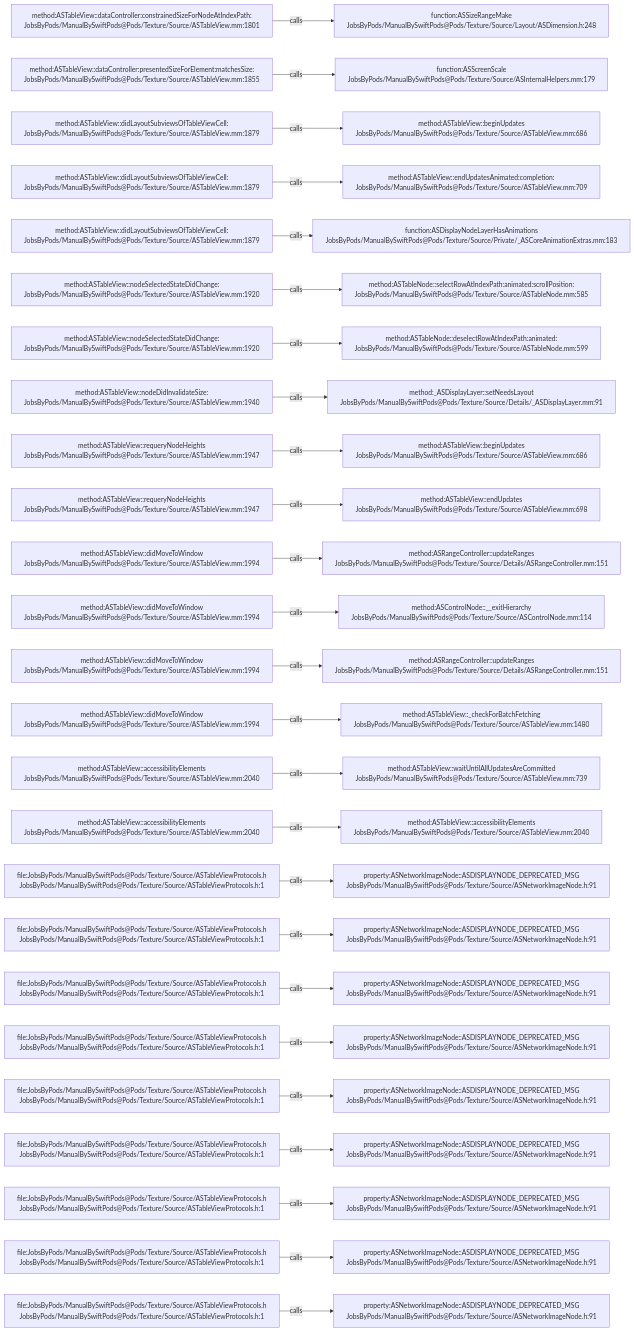
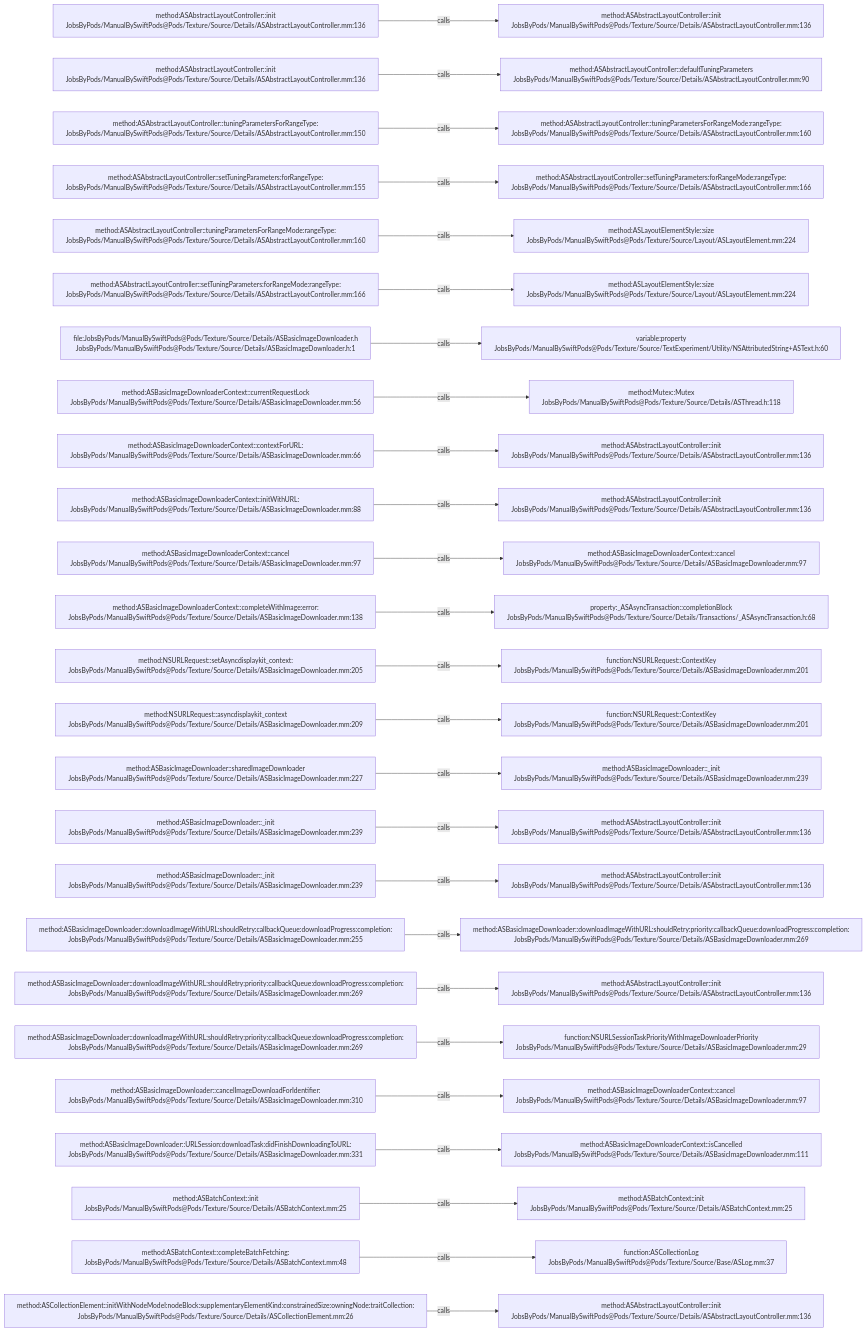
One commit to JobsKits/JobsSwiftBaseConfigDemo changed the diagram in .codegraph/codegraph.md/graphs/calls-082.md. Above: the diagram before and after it, drawn with Mermaid. The commit also changed 832 other files, not shown here.

````diff
--- a/.codegraph/codegraph.md/graphs/calls-082.md
+++ b/.codegraph/codegraph.md/graphs/calls-082.md
@@ -13,78 +13,78 @@
 ```mermaid
 flowchart LR
-  S1["method:ASTableView::dataController:constrainedSizeForNodeAtIndexPath:<br/>JobsByPods/ManualBySwiftPods@Pods/Texture/Source/ASTableView.mm:1801"]
-  T1["function:ASSizeRangeMake<br/>JobsByPods/ManualBySwiftPods@Pods/Texture/Source/Layout/ASDimension.h:248"]
+  S1["method:ASAbstractLayoutController::init<br/>JobsByPods/ManualBySwiftPods@Pods/Texture/Source/Details/ASAbstractLayoutController.mm:136"]
+  T1["method:ASAbstractLayoutController::init<br/>JobsByPods/ManualBySwiftPods@Pods/Texture/Source/Details/ASAbstractLayoutController.mm:136"]
   S1 -->|calls| T1
-  S2["method:ASTableView::dataController:presentedSizeForElement:matchesSize:<br/>JobsByPods/ManualBySwiftPods@Pods/Texture/Source/ASTableView.mm:1855"]
-  T2["function:ASScreenScale<br/>JobsByPods/ManualBySwiftPods@Pods/Texture/Source/ASInternalHelpers.mm:179"]
+  S2["method:ASAbstractLayoutController::init<br/>JobsByPods/ManualBySwiftPods@Pods/Texture/Source/Details/ASAbstractLayoutController.mm:136"]
+  T2["method:ASAbstractLayoutController::defaultTuningParameters<br/>JobsByPods/ManualBySwiftPods@Pods/Texture/Source/Details/ASAbstractLayoutController.mm:90"]
   S2 -->|calls| T2
-  S3["method:ASTableView::didLayoutSubviewsOfTableViewCell:<br/>JobsByPods/ManualBySwiftPods@Pods/Texture/Source/ASTableView.mm:1879"]
-  T3["method:ASTableView::beginUpdates<br/>JobsByPods/ManualBySwiftPods@Pods/Texture/Source/ASTableView.mm:686"]
+  S3["method:ASAbstractLayoutController::tuningParametersForRangeType:<br/>JobsByPods/ManualBySwiftPods@Pods/Texture/Source/Details/ASAbstractLayoutController.mm:150"]
+  T3["method:ASAbstractLayoutController::tuningParametersForRangeMode:rangeType:<br/>JobsByPods/ManualBySwiftPods@Pods/Texture/Source/Details/ASAbstractLayoutController.mm:160"]
   S3 -->|calls| T3
-  S4["method:ASTableView::didLayoutSubviewsOfTableViewCell:<br/>JobsByPods/ManualBySwiftPods@Pods/Texture/Source/ASTableView.mm:1879"]
-  T4["method:ASTableView::endUpdatesAnimated:completion:<br/>JobsByPods/ManualBySwiftPods@Pods/Texture/Source/ASTableView.mm:709"]
+  S4["method:ASAbstractLayoutController::setTuningParameters:forRangeType:<br/>JobsByPods/ManualBySwiftPods@Pods/Texture/Source/Details/ASAbstractLayoutController.mm:155"]
+  T4["method:ASAbstractLayoutController::setTuningParameters:forRangeMode:rangeType:<br/>JobsByPods/ManualBySwiftPods@Pods/Texture/Source/Details/ASAbstractLayoutController.mm:166"]
   S4 -->|calls| T4
-  S5["method:ASTableView::didLayoutSubviewsOfTableViewCell:<br/>JobsByPods/ManualBySwiftPods@Pods/Texture/Source/ASTableView.mm:1879"]
-  T5["function:ASDisplayNodeLayerHasAnimations<br/>JobsByPods/ManualBySwiftPods@Pods/Texture/Source/Private/_ASCoreAnimationExtras.mm:183"]
+  S5["method:ASAbstractLayoutController::tuningParametersForRangeMode:rangeType:<br/>JobsByPods/ManualBySwiftPods@Pods/Texture/Source/Details/ASAbstractLayoutController.mm:160"]
+  T5["method:ASLayoutElementStyle::size<br/>JobsByPods/ManualBySwiftPods@Pods/Texture/Source/Layout/ASLayoutElement.mm:224"]
   S5 -->|calls| T5
-  S6["method:ASTableView::nodeSelectedStateDidChange:<br/>JobsByPods/ManualBySwiftPods@Pods/Texture/Source/ASTableView.mm:1920"]
-  T6["method:ASTableNode::selectRowAtIndexPath:animated:scrollPosition:<br/>JobsByPods/ManualBySwiftPods@Pods/Texture/Source/ASTableNode.mm:585"]
+  S6["method:ASAbstractLayoutController::setTuningParameters:forRangeMode:rangeType:<br/>JobsByPods/ManualBySwiftPods@Pods/Texture/Source/Details/ASAbstractLayoutController.mm:166"]
+  T6["method:ASLayoutElementStyle::size<br/>JobsByPods/ManualBySwiftPods@Pods/Texture/Source/Layout/ASLayoutElement.mm:224"]
   S6 -->|calls| T6
-  S7["method:ASTableView::nodeSelectedStateDidChange:<br/>JobsByPods/ManualBySwiftPods@Pods/Texture/Source/ASTableView.mm:1920"]
-  T7["method:ASTableNode::deselectRowAtIndexPath:animated:<br/>JobsByPods/ManualBySwiftPods@Pods/Texture/Source/ASTableNode.mm:599"]
+  S7["file:JobsByPods/ManualBySwiftPods@Pods/Texture/Source/Details/ASBasicImageDownloader.h<br/>JobsByPods/ManualBySwiftPods@Pods/Texture/Source/Details/ASBasicImageDownloader.h:1"]
+  T7["variable:property<br/>JobsByPods/ManualBySwiftPods@Pods/Texture/Source/TextExperiment/Utility/NSAttributedString+ASText.h:60"]
   S7 -->|calls| T7
-  S8["method:ASTableView::nodeDidInvalidateSize:<br/>JobsByPods/ManualBySwiftPods@Pods/Texture/Source/ASTableView.mm:1940"]
-  T8["method:_ASDisplayLayer::setNeedsLayout<br/>JobsByPods/ManualBySwiftPods@Pods/Texture/Source/Details/_ASDisplayLayer.mm:91"]
+  S8["method:ASBasicImageDownloaderContext::currentRequestLock<br/>JobsByPods/ManualBySwiftPods@Pods/Texture/Source/Details/ASBasicImageDownloader.mm:56"]
+  T8["method:Mutex::Mutex<br/>JobsByPods/ManualBySwiftPods@Pods/Texture/Source/Details/ASThread.h:118"]
   S8 -->|calls| T8
-  S9["method:ASTableView::requeryNodeHeights<br/>JobsByPods/ManualBySwiftPods@Pods/Texture/Source/ASTableView.mm:1947"]
-  T9["method:ASTableView::beginUpdates<br/>JobsByPods/ManualBySwiftPods@Pods/Texture/Source/ASTableView.mm:686"]
+  S9["method:ASBasicImageDownloaderContext::contextForURL:<br/>JobsByPods/ManualBySwiftPods@Pods/Texture/Source/Details/ASBasicImageDownloader.mm:66"]
+  T9["method:ASAbstractLayoutController::init<br/>JobsByPods/ManualBySwiftPods@Pods/Texture/Source/Details/ASAbstractLayoutController.mm:136"]
   S9 -->|calls| T9
-  S10["method:ASTableView::requeryNodeHeights<br/>JobsByPods/ManualBySwiftPods@Pods/Texture/Source/ASTableView.mm:1947"]
-  T10["method:ASTableView::endUpdates<br/>JobsByPods/ManualBySwiftPods@Pods/Texture/Source/ASTableView.mm:698"]
+  S10["method:ASBasicImageDownloaderContext::initWithURL:<br/>JobsByPods/ManualBySwiftPods@Pods/Texture/Source/Details/ASBasicImageDownloader.mm:88"]
+  T10["method:ASAbstractLayoutController::init<br/>JobsByPods/ManualBySwiftPods@Pods/Texture/Source/Details/ASAbstractLayoutController.mm:136"]
   S10 -->|calls| T10
-  S11["method:ASTableView::didMoveToWindow<br/>JobsByPods/ManualBySwiftPods@Pods/Texture/Source/ASTableView.mm:1994"]
-  T11["method:ASRangeController::updateRanges<br/>JobsByPods/ManualBySwiftPods@Pods/Texture/Source/Details/ASRangeController.mm:151"]
+  S11["method:ASBasicImageDownloaderContext::cancel<br/>JobsByPods/ManualBySwiftPods@Pods/Texture/Source/Details/ASBasicImageDownloader.mm:97"]
+  T11["method:ASBasicImageDownloaderContext::cancel<br/>JobsByPods/ManualBySwiftPods@Pods/Texture/Source/Details/ASBasicImageDownloader.mm:97"]
   S11 -->|calls| T11
-  S12["method:ASTableView::didMoveToWindow<br/>JobsByPods/ManualBySwiftPods@Pods/Texture/Source/ASTableView.mm:1994"]
-  T12["method:ASControlNode::__exitHierarchy<br/>JobsByPods/ManualBySwiftPods@Pods/Texture/Source/ASControlNode.mm:114"]
+  S12["method:ASBasicImageDownloaderContext::completeWithImage:error:<br/>JobsByPods/ManualBySwiftPods@Pods/Texture/Source/Details/ASBasicImageDownloader.mm:138"]
+  T12["property:_ASAsyncTransaction::completionBlock<br/>JobsByPods/ManualBySwiftPods@Pods/Texture/Source/Details/Transactions/_ASAsyncTransaction.h:68"]
   S12 -->|calls| T12
-  S13["method:ASTableView::didMoveToWindow<br/>JobsByPods/ManualBySwiftPods@Pods/Texture/Source/ASTableView.mm:1994"]
-  T13["method:ASRangeController::updateRanges<br/>JobsByPods/ManualBySwiftPods@Pods/Texture/Source/Details/ASRangeController.mm:151"]
+  S13["method:NSURLRequest::setAsyncdisplaykit_context:<br/>JobsByPods/ManualBySwiftPods@Pods/Texture/Source/Details/ASBasicImageDownloader.mm:205"]
+  T13["function:NSURLRequest::ContextKey<br/>JobsByPods/ManualBySwiftPods@Pods/Texture/Source/Details/ASBasicImageDownloader.mm:201"]
   S13 -->|calls| T13
-  S14["method:ASTableView::didMoveToWindow<br/>JobsByPods/ManualBySwiftPods@Pods/Texture/Source/ASTableView.mm:1994"]
-  T14["method:ASTableView::_checkForBatchFetching<br/>JobsByPods/ManualBySwiftPods@Pods/Texture/Source/ASTableView.mm:1480"]
+  S14["method:NSURLRequest::asyncdisplaykit_context<br/>JobsByPods/ManualBySwiftPods@Pods/Texture/Source/Details/ASBasicImageDownloader.mm:209"]
+  T14["function:NSURLRequest::ContextKey<br/>JobsByPods/ManualBySwiftPods@Pods/Texture/Source/Details/ASBasicImageDownloader.mm:201"]
   S14 -->|calls| T14
-  S15["method:ASTableView::accessibilityElements<br/>JobsByPods/ManualBySwiftPods@Pods/Texture/Source/ASTableView.mm:2040"]
-  T15["method:ASTableView::waitUntilAllUpdatesAreCommitted<br/>JobsByPods/ManualBySwiftPods@Pods/Texture/Source/ASTableView.mm:739"]
+  S15["method:ASBasicImageDownloader::sharedImageDownloader<br/>JobsByPods/ManualBySwiftPods@Pods/Texture/Source/Details/ASBasicImageDownloader.mm:227"]
+  T15["method:ASBasicImageDownloader::_init<br/>JobsByPods/ManualBySwiftPods@Pods/Texture/Source/Details/ASBasicImageDownloader.mm:239"]
   S15 -->|calls| T15
-  S16["method:ASTableView::accessibilityElements<br/>JobsByPods/ManualBySwiftPods@Pods/Texture/Source/ASTableView.mm:2040"]
-  T16["method:ASTableView::accessibilityElements<br/>JobsByPods/ManualBySwiftPods@Pods/Texture/Source/ASTableView.mm:2040"]
+  S16["method:ASBasicImageDownloader::_init<br/>JobsByPods/ManualBySwiftPods@Pods/Texture/Source/Details/ASBasicImageDownloader.mm:239"]
+  T16["method:ASAbstractLayoutController::init<br/>JobsByPods/ManualBySwiftPods@Pods/Texture/Source/Details/ASAbstractLayoutController.mm:136"]
   S16 -->|calls| T16
-  S17["file:JobsByPods/ManualBySwiftPods@Pods/Texture/Source/ASTableViewProtocols.h<br/>JobsByPods/ManualBySwiftPods@Pods/Texture/Source/ASTableViewProtocols.h:1"]
-  T17["property:ASNetworkImageNode::ASDISPLAYNODE_DEPRECATED_MSG<br/>JobsByPods/ManualBySwiftPods@Pods/Texture/Source/ASNetworkImageNode.h:91"]
+  S17["method:ASBasicImageDownloader::_init<br/>JobsByPods/ManualBySwiftPods@Pods/Texture/Source/Details/ASBasicImageDownloader.mm:239"]
+  T17["method:ASAbstractLayoutController::init<br/>JobsByPods/ManualBySwiftPods@Pods/Texture/Source/Details/ASAbstractLayoutController.mm:136"]
   S17 -->|calls| T17
-  S18["file:JobsByPods/ManualBySwiftPods@Pods/Texture/Source/ASTableViewProtocols.h<br/>JobsByPods/ManualBySwiftPods@Pods/Texture/Source/ASTableViewProtocols.h:1"]
-  T18["property:ASNetworkImageNode::ASDISPLAYNODE_DEPRECATED_MSG<br/>JobsByPods/ManualBySwiftPods@Pods/Texture/Source/ASNetworkImageNode.h:91"]
+  S18["method:ASBasicImageDownloader::downloadImageWithURL:shouldRetry:callbackQueue:downloadProgress:completion:<br/>JobsByPods/ManualBySwiftPods@Pods/Texture/Source/Details/ASBasicImageDownloader.mm:255"]
+  T18["method:ASBasicImageDownloader::downloadImageWithURL:shouldRetry:priority:callbackQueue:downloadProgress:completion:<br/>JobsByPods/ManualBySwiftPods@Pods/Texture/Source/Details/ASBasicImageDownloader.mm:269"]
   S18 -->|calls| T18
-  S19["file:JobsByPods/ManualBySwiftPods@Pods/Texture/Source/ASTableViewProtocols.h<br/>JobsByPods/ManualBySwiftPods@Pods/Texture/Source/ASTableViewProtocols.h:1"]
-  T19["property:ASNetworkImageNode::ASDISPLAYNODE_DEPRECATED_MSG<br/>JobsByPods/ManualBySwiftPods@Pods/Texture/Source/ASNetworkImageNode.h:91"]
+  S19["method:ASBasicImageDownloader::downloadImageWithURL:shouldRetry:priority:callbackQueue:downloadProgress:completion:<br/>JobsByPods/ManualBySwiftPods@Pods/Texture/Source/Details/ASBasicImageDownloader.mm:269"]
+  T19["method:ASAbstractLayoutController::init<br/>JobsByPods/ManualBySwiftPods@Pods/Texture/Source/Details/ASAbstractLayoutController.mm:136"]
   S19 -->|calls| T19
-  S20["file:JobsByPods/ManualBySwiftPods@Pods/Texture/Source/ASTableViewProtocols.h<br/>JobsByPods/ManualBySwiftPods@Pods/Texture/Source/ASTableViewProtocols.h:1"]
-  T20["property:ASNetworkImageNode::ASDISPLAYNODE_DEPRECATED_MSG<br/>JobsByPods/ManualBySwiftPods@Pods/Texture/Source/ASNetworkImageNode.h:91"]
+  S20["method:ASBasicImageDownloader::downloadImageWithURL:shouldRetry:priority:callbackQueue:downloadProgress:completion:<br/>JobsByPods/ManualBySwiftPods@Pods/Texture/Source/Details/ASBasicImageDownloader.mm:269"]
+  T20["function:NSURLSessionTaskPriorityWithImageDownloaderPriority<br/>JobsByPods/ManualBySwiftPods@Pods/Texture/Source/Details/ASBasicImageDownloader.mm:29"]
   S20 -->|calls| T20
-  S21["file:JobsByPods/ManualBySwiftPods@Pods/Texture/Source/ASTableViewProtocols.h<br/>JobsByPods/ManualBySwiftPods@Pods/Texture/Source/ASTableViewProtocols.h:1"]
-  T21["property:ASNetworkImageNode::ASDISPLAYNODE_DEPRECATED_MSG<br/>JobsByPods/ManualBySwiftPods@Pods/Texture/Source/ASNetworkImageNode.h:91"]
+  S21["method:ASBasicImageDownloader::cancelImageDownloadForIdentifier:<br/>JobsByPods/ManualBySwiftPods@Pods/Texture/Source/Details/ASBasicImageDownloader.mm:310"]
+  T21["method:ASBasicImageDownloaderContext::cancel<br/>JobsByPods/ManualBySwiftPods@Pods/Texture/Source/Details/ASBasicImageDownloader.mm:97"]
   S21 -->|calls| T21
-  S22["file:JobsByPods/ManualBySwiftPods@Pods/Texture/Source/ASTableViewProtocols.h<br/>JobsByPods/ManualBySwiftPods@Pods/Texture/Source/ASTableViewProtocols.h:1"]
-  T22["property:ASNetworkImageNode::ASDISPLAYNODE_DEPRECATED_MSG<br/>JobsByPods/ManualBySwiftPods@Pods/Texture/Source/ASNetworkImageNode.h:91"]
+  S22["method:ASBasicImageDownloader::URLSession:downloadTask:didFinishDownloadingToURL:<br/>JobsByPods/ManualBySwiftPods@Pods/Texture/Source/Details/ASBasicImageDownloader.mm:331"]
+  T22["method:ASBasicImageDownloaderContext::isCancelled<br/>JobsByPods/ManualBySwiftPods@Pods/Texture/Source/Details/ASBasicImageDownloader.mm:111"]
   S22 -->|calls| T22
-  S23["file:JobsByPods/ManualBySwiftPods@Pods/Texture/Source/ASTableViewProtocols.h<br/>JobsByPods/ManualBySwiftPods@Pods/Texture/Source/ASTableViewProtocols.h:1"]
-  T23["property:ASNetworkImageNode::ASDISPLAYNODE_DEPRECATED_MSG<br/>JobsByPods/ManualBySwiftPods@Pods/Texture/Source/ASNetworkImageNode.h:91"]
+  S23["method:ASBatchContext::init<br/>JobsByPods/ManualBySwiftPods@Pods/Texture/Source/Details/ASBatchContext.mm:25"]
+  T23["method:ASBatchContext::init<br/>JobsByPods/ManualBySwiftPods@Pods/Texture/Source/Details/ASBatchContext.mm:25"]
   S23 -->|calls| T23
-  S24["file:JobsByPods/ManualBySwiftPods@Pods/Texture/Source/ASTableViewProtocols.h<br/>JobsByPods/ManualBySwiftPods@Pods/Texture/Source/ASTableViewProtocols.h:1"]
-  T24["property:ASNetworkImageNode::ASDISPLAYNODE_DEPRECATED_MSG<br/>JobsByPods/ManualBySwiftPods@Pods/Texture/Source/ASNetworkImageNode.h:91"]
+  S24["method:ASBatchContext::completeBatchFetching:<br/>JobsByPods/ManualBySwiftPods@Pods/Texture/Source/Details/ASBatchContext.mm:48"]
+  T24["function:ASCollectionLog<br/>JobsByPods/ManualBySwiftPods@Pods/Texture/Source/Base/ASLog.mm:37"]
   S24 -->|calls| T24
-  S25["file:JobsByPods/ManualBySwiftPods@Pods/Texture/Source/ASTableViewProtocols.h<br/>JobsByPods/ManualBySwiftPods@Pods/Texture/Source/ASTableViewProtocols.h:1"]
-  T25["property:ASNetworkImageNode::ASDISPLAYNODE_DEPRECATED_MSG<br/>JobsByPods/ManualBySwiftPods@Pods/Texture/Source/ASNetworkImageNode.h:91"]
+  S25["method:ASCollectionElement::initWithNodeModel:nodeBlock:supplementaryElementKind:constrainedSize:owningNode:traitCollection:<br/>JobsByPods/ManualBySwiftPods@Pods/Texture/Source/Details/ASCollectionElement.mm:26"]
+  T25["method:ASAbstractLayoutController::init<br/>JobsByPods/ManualBySwiftPods@Pods/Texture/Source/Details/ASAbstractLayoutController.mm:136"]
   S25 -->|calls| T25
 ```
````
